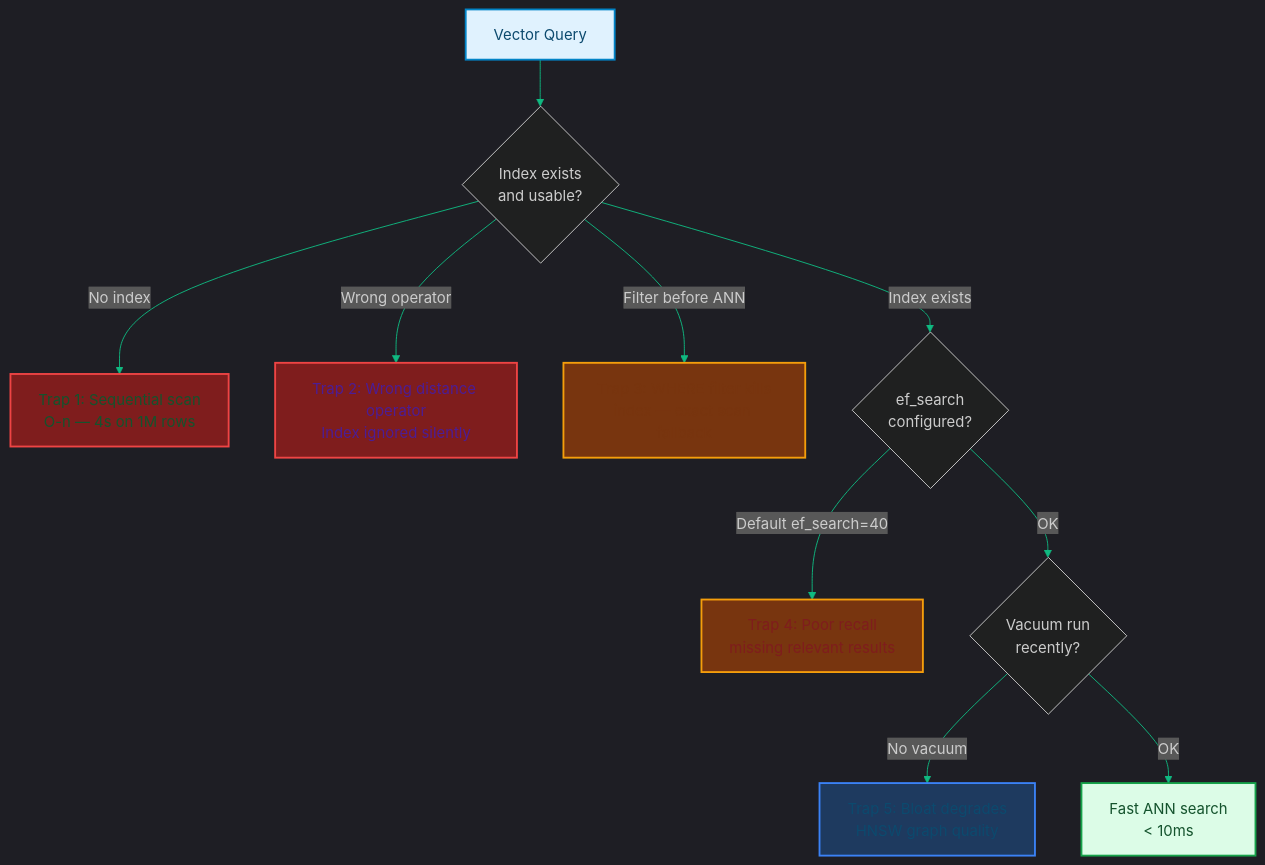
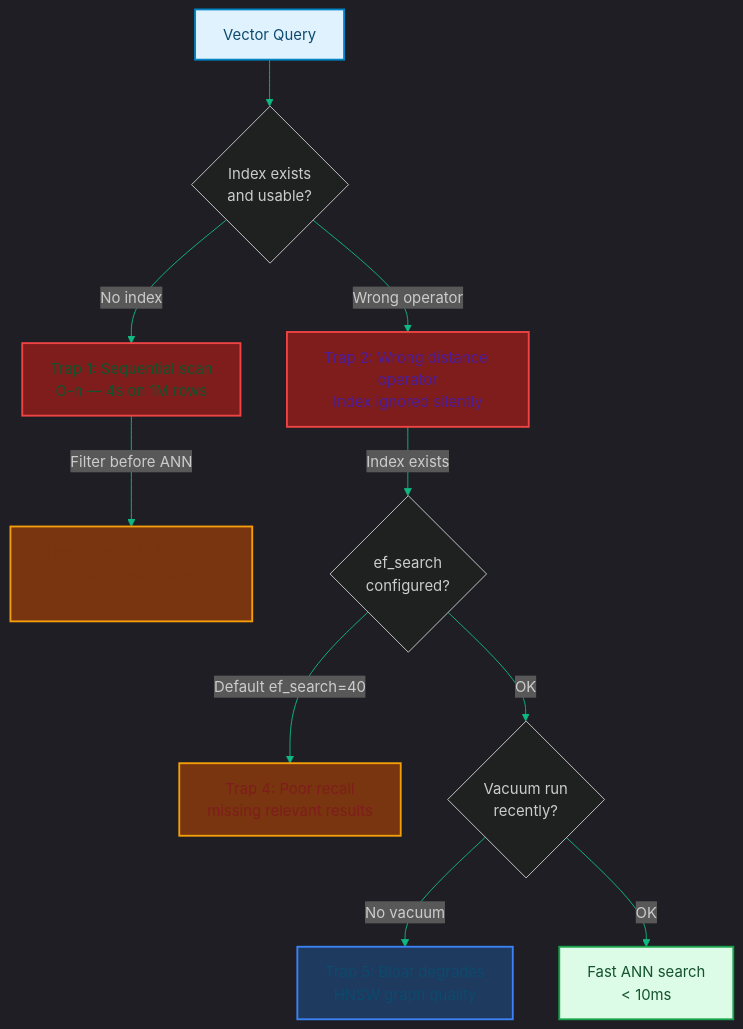
The diagram in blog/posts/pgvector-index-performance-traps.md (akmalkhaniub/akmalkhaniub.github.io), drawn with Mermaid before and after one commit. The commit also changed 894 other files, not shown here.

Commit message:
feat(blog): upgrade all 444 posts with unique staggered dates, 2-col Mermaid spines, benchmark tables, code blocks, and trade-offs

````diff
--- a/blog/posts/pgvector-index-performance-traps.md
+++ b/blog/posts/pgvector-index-performance-traps.md
@@ -13,30 +13,30 @@
 ```mermaid
 %%{init: {'theme': 'dark', 'themeVariables': { 'primaryColor': '#10b981', 'primaryTextColor': '#f3f4f6', 'primaryBorderColor': '#34d399', 'lineColor': '#10b981', 'secondaryColor': '#111827', 'tertiaryColor': '#0f172a'}}}%%
 flowchart TD
     Q["Vector Query"] --> P{Index exists<br/>and usable?}
     P -->|No index| S1[" Trap 1: Sequential scan<br/>O-n — 4s on 1M rows"]
     P -->|Wrong operator| S2[" Trap 2: Wrong distance operator<br/>Index ignored silently"]
-    P -->|Filter before ANN| S3[" Trap 3: WHERE filter kills<br/>index — exact scan fallback"]
-    P -->|Index exists| C{ef_search<br/>configured?}
+    S1 --> |Filter before ANN| S3[" Trap 3: WHERE filter kills<br/>index — exact scan fallback"]
+    S2 --> |Index exists| C{ef_search<br/>configured?}
     C -->|Default ef_search=40| S4[" Trap 4: Poor recall<br/>missing relevant results"]
     C -->|OK| D{Vacuum run<br/>recently?}
     D -->|No vacuum| S5[" Trap 5: Bloat degrades<br/>HNSW graph quality"]
     D -->|OK| R[" Fast ANN search<br/>< 10ms"]
 
     style S1 fill:#7f1d1d,stroke:#ef4444,stroke-width:2px
     style S2 fill:#7f1d1d,stroke:#ef4444,stroke-width:2px
     style S3 fill:#78350f,stroke:#f59e0b,stroke-width:2px
     style S4 fill:#78350f,stroke:#f59e0b,stroke-width:2px
     style S5 fill:#1e3a5f,stroke:#3b82f6,stroke-width:2px
 
 classDef green fill:#dcfce7,stroke:#16a34a,stroke-width:2px,color:#14532d;
 classDef red fill:#fee2e2,stroke:#dc2626,stroke-width:2px,color:#7f1d1d;
 classDef blue fill:#e0f2fe,stroke:#0284c7,stroke-width:2px,color:#0c4a6e;
 classDef yellow fill:#fef3c7,stroke:#d97706,stroke-width:2px,color:#78350f;
 classDef purple fill:#ede9fe,stroke:#7c3aed,stroke-width:2px,color:#4c1d95;
 class Q,S5 blue
 class S1,R green
 class S2 purple
 class S3 yellow
 class S4 red
 ```
````
